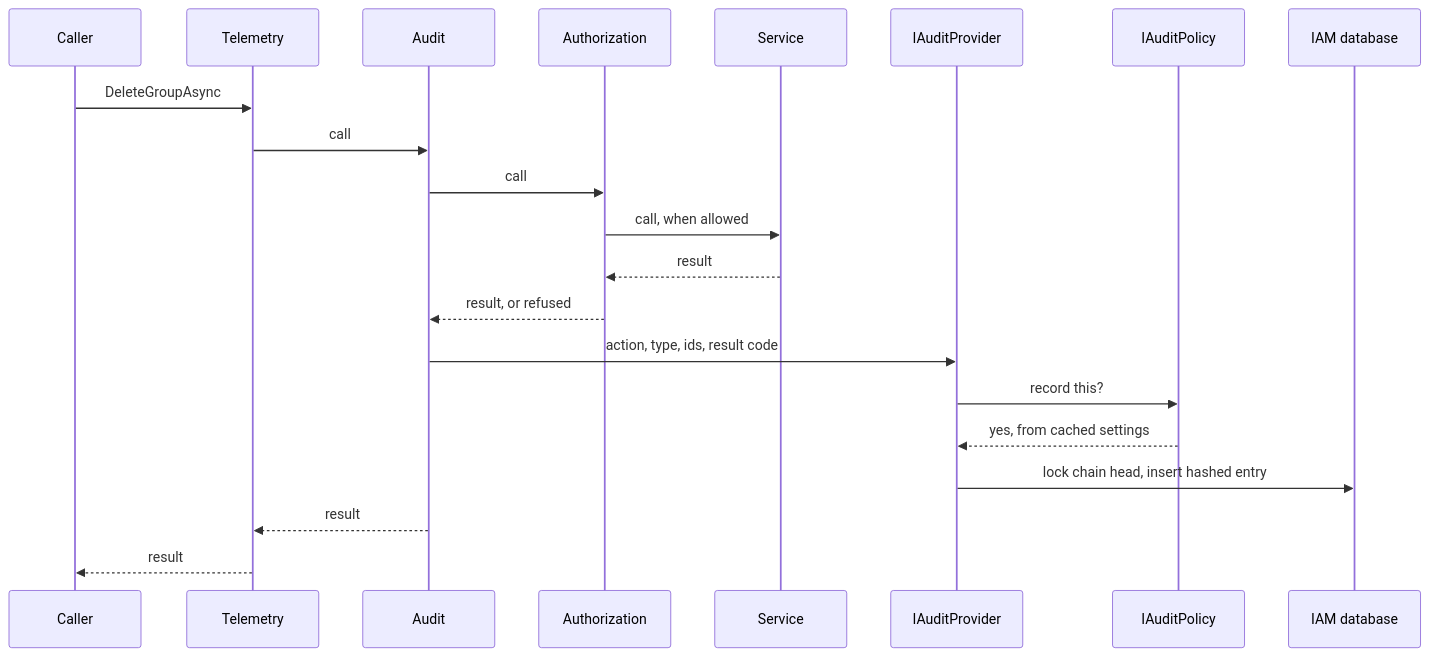
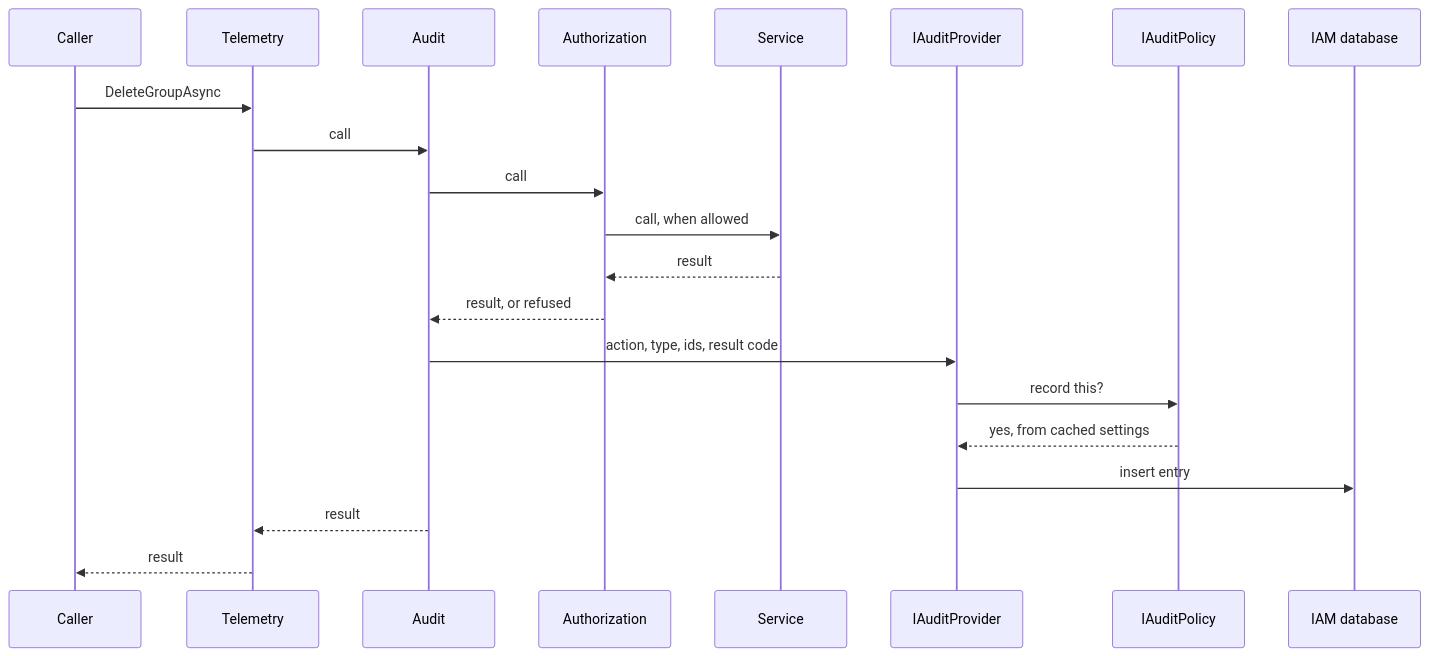
The fourth of 5 diagrams in Plans/auditing.md (ultrabstrong/Corely.IAM), drawn with Mermaid before and after one commit. The commit also changed other lines of this file and 1 other file, not shown here.

````diff
--- a/Plans/auditing.md
+++ b/Plans/auditing.md
@@ -149,23 +129,23 @@
 ```mermaid
 sequenceDiagram
     participant C as Caller
     participant T as Telemetry
     participant A as Audit
     participant Z as Authorization
     participant S as Service
     participant P as IAuditProvider
     participant Pol as IAuditPolicy
     participant DB as IAM database
     C->>T: DeleteGroupAsync
     T->>A: call
     A->>Z: call
     Z->>S: call, when allowed
     S-->>Z: result
     Z-->>A: result, or refused
     A->>P: action, type, ids, result code
     P->>Pol: record this?
     Pol-->>P: yes, from cached settings
-    P->>DB: lock chain head, insert hashed entry
+    P->>DB: insert entry
     A-->>T: result
     T-->>C: result
 ```
````
